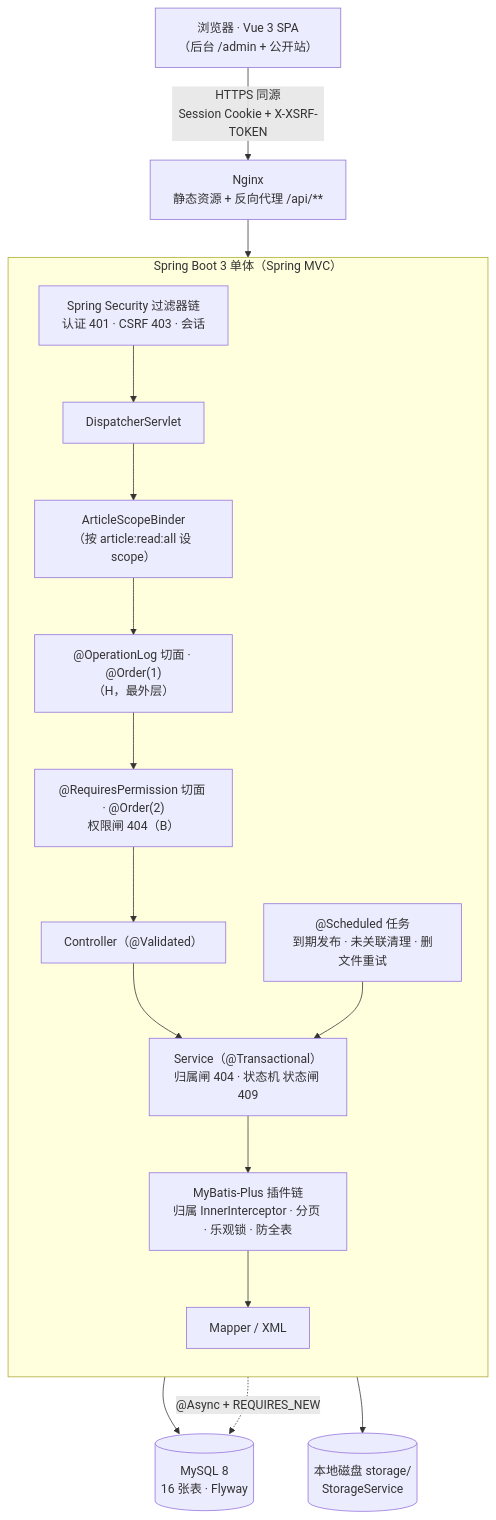
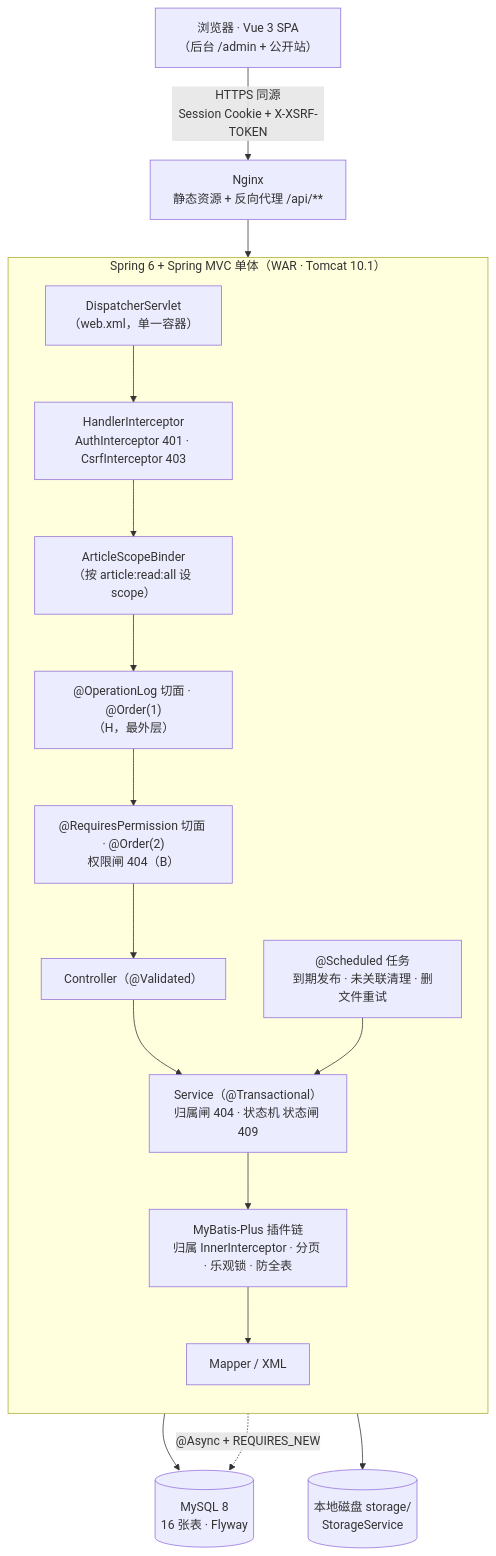
Before and after one commit to LIangZH-RT/CMS-TeamWork: the first of 2 diagrams in doc/context/architecture.md, drawn with Mermaid. The commit also changed other lines of this file, not shown here.

First line of the commit message:
docs(architecture): 改为纯 Spring MVC 与拦截器认证

````diff
--- a/doc/context/architecture.md
+++ b/doc/context/architecture.md
@@ -21,25 +23,25 @@
 ```mermaid
 flowchart TB
     Browser["浏览器 · Vue 3 SPA<br/>（后台 /admin + 公开站）"]
     Nginx["Nginx<br/>静态资源 + 反向代理 /api/**"]
     Browser -- "HTTPS 同源<br/>Session Cookie + X-XSRF-TOKEN" --> Nginx
-    subgraph Boot["Spring Boot 3 单体（Spring MVC）"]
+    subgraph App["Spring 6 + Spring MVC 单体（WAR · Tomcat 10.1）"]
         direction TB
-        Sec["Spring Security 过滤器链<br/>认证 401 · CSRF 403 · 会话"]
-        DS["DispatcherServlet"]
+        DS["DispatcherServlet<br/>（web.xml，单一容器）"]
+        Sec["HandlerInterceptor<br/>AuthInterceptor 401 · CsrfInterceptor 403"]
         Bind["ArticleScopeBinder<br/>（按 article:read:all 设 scope）"]
         Log["@OperationLog 切面 · @Order(1)<br/>（H，最外层）"]
         Perm["@RequiresPermission 切面 · @Order(2)<br/>权限闸 404（B）"]
         Ctl["Controller（@Validated）"]
         Svc["Service（@Transactional）<br/>归属闸 404 · 状态机 状态闸 409"]
         MP["MyBatis-Plus 插件链<br/>归属 InnerInterceptor · 分页 · 乐观锁 · 防全表"]
         Mapper["Mapper / XML"]
         Task["@Scheduled 任务<br/>到期发布 · 未关联清理 · 删文件重试"]
-        Sec --> DS --> Bind --> Log --> Perm --> Ctl --> Svc --> MP --> Mapper
+        DS --> Sec --> Bind --> Log --> Perm --> Ctl --> Svc --> MP --> Mapper
         Task --> Svc
     end
-    Nginx --> Sec
+    Nginx --> DS
     Mapper --> DB[("MySQL 8<br/>16 张表 · Flyway")]
     Svc --> Disk[("本地磁盘 storage/<br/>StorageService")]
     Log -. "@Async + REQUIRES_NEW" .-> DB
 ```
````
